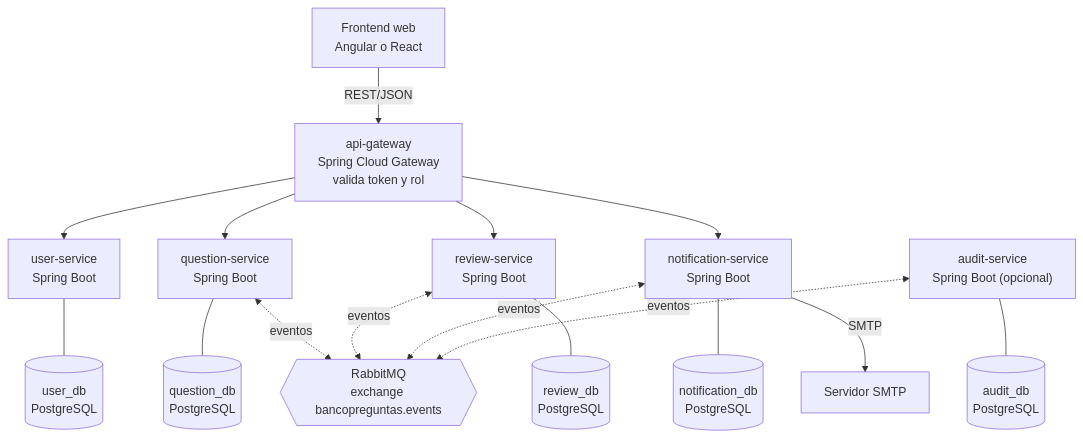
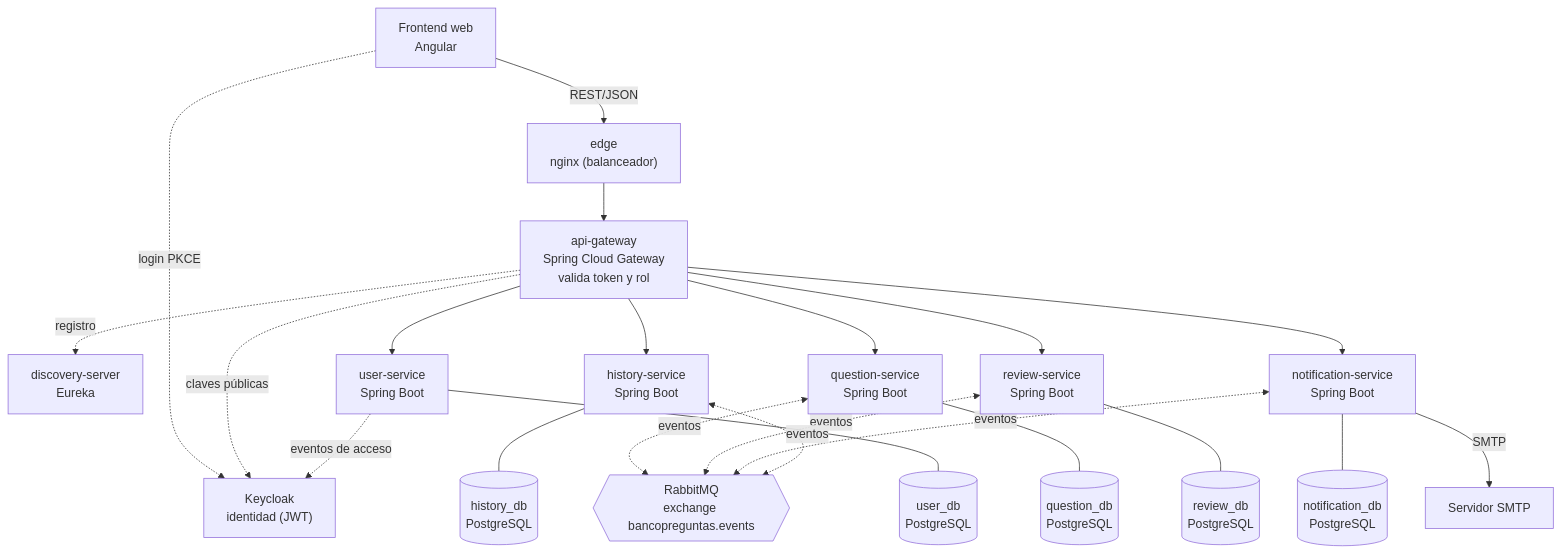
One commit to DVLASZ/banco-preguntas-saberpro changed the second of 11 diagrams in docs/corte-2/03-arquitectura-c4-uml.md. Above: the diagram before and after it, drawn with Mermaid. The commit also changed other lines of this file and 5 other files, not shown here.

````diff
--- a/docs/corte-2/03-arquitectura-c4-uml.md
+++ b/docs/corte-2/03-arquitectura-c4-uml.md
@@ -28,32 +28,41 @@
 ```mermaid
 flowchart TB
-  FE["Frontend web<br/>Angular o React"]
+  FE["Frontend web<br/>Angular"]
+  EDGE["edge<br/>nginx (balanceador)"]
+  KC["Keycloak<br/>identidad (JWT)"]
+  EU["discovery-server<br/>Eureka"]
   GW["api-gateway<br/>Spring Cloud Gateway<br/>valida token y rol"]
   US["user-service<br/>Spring Boot"]
   QS["question-service<br/>Spring Boot"]
   RS["review-service<br/>Spring Boot"]
   NS["notification-service<br/>Spring Boot"]
-  AS["audit-service<br/>Spring Boot (opcional)"]
+  AS["history-service<br/>Spring Boot"]
   MQ{{"RabbitMQ<br/>exchange bancopreguntas.events"}}
   SMTP["Servidor SMTP"]
   DU[("user_db<br/>PostgreSQL")]
   DQ[("question_db<br/>PostgreSQL")]
   DR[("review_db<br/>PostgreSQL")]
   DN[("notification_db<br/>PostgreSQL")]
-  DA[("audit_db<br/>PostgreSQL")]
-  FE -- "REST/JSON" --> GW
+  DA[("history_db<br/>PostgreSQL")]
+  FE -- "REST/JSON" --> EDGE
+  FE -. "login PKCE" .-> KC
+  EDGE --> GW
+  GW -. "registro" .-> EU
+  GW -. "claves públicas" .-> KC
+  US -. "eventos de acceso" .-> KC
+  GW --> AS
   GW --> US
   GW --> QS
   GW --> RS
   GW --> NS
   US --- DU
   QS --- DQ
   RS --- DR
   NS --- DN
   AS --- DA
   QS <-. "eventos" .-> MQ
   RS <-. "eventos" .-> MQ
   NS <-. "eventos" .-> MQ
   AS <-. "eventos" .-> MQ
   NS -- "SMTP" --> SMTP
 ```
````
